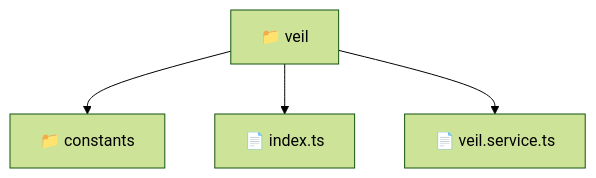
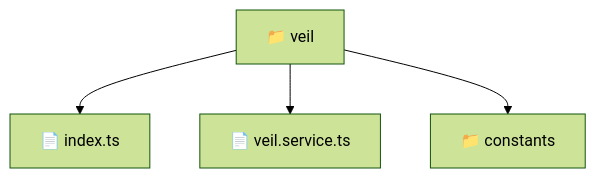
Before and after one commit to beginwebdev2002/fullstack-mavluda: the diagram in frontend/src/entities/veil/README.md, drawn with Mermaid (forest theme). The commit also changed other lines of this file and 166 other files, not shown here.

First line of the commit message:
docs: generate repository-wide architectural README files

````diff
--- a/frontend/src/entities/veil/README.md
+++ b/frontend/src/entities/veil/README.md
@@ -11,7 +11,10 @@
 ```mermaid
 graph TD
-  Root["📁 veil"]
-  Root --> constants["📁 constants"]
-  Root --> index_ts["📄 index.ts"]
-  Root --> veil_service_ts["📄 veil.service.ts"]
+  f_Root_veil["📁 veil"]
+  f_index_ts["📄 index.ts"]
+  f_Root_veil --> f_index_ts
+  f_veil_service_ts["📄 veil.service.ts"]
+  f_Root_veil --> f_veil_service_ts
+  f_Dir_constants["📁 constants"]
+  f_Root_veil --> f_Dir_constants
 ```
````
